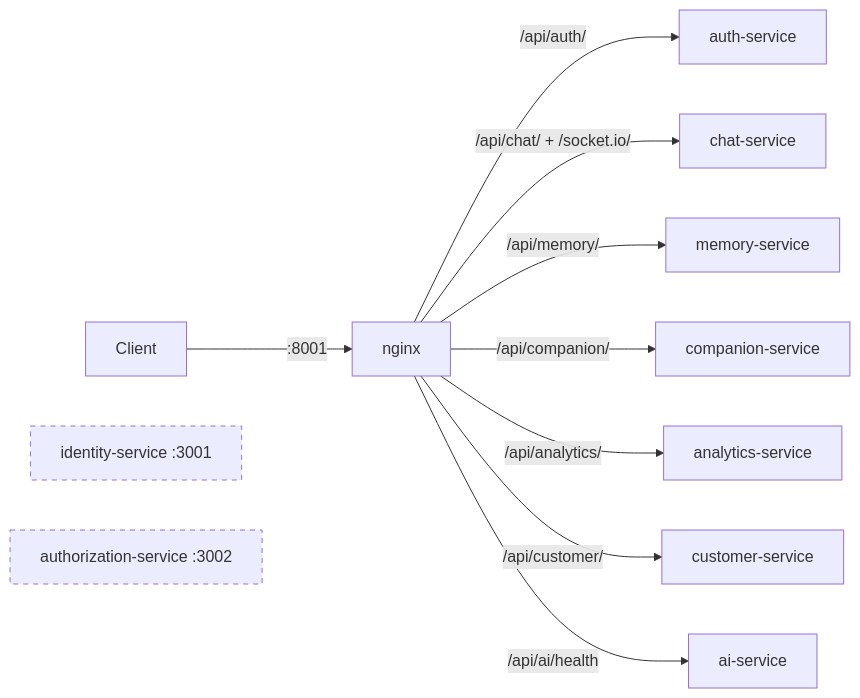
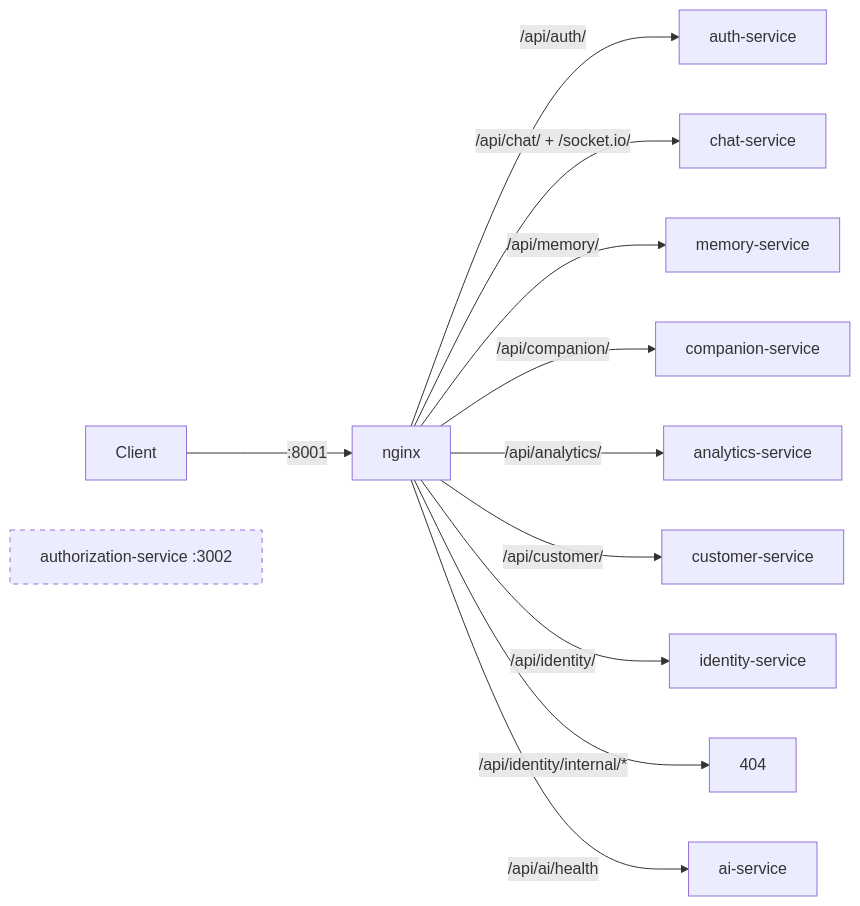
One commit to master-node1/the-aura-lab changed the first of 2 diagrams in services/api-gateway/README.md. Above: the diagram before and after it, drawn with Mermaid. The commit also changed other lines of this file and 68 other files, not shown here.

````diff
--- a/services/api-gateway/README.md
+++ b/services/api-gateway/README.md
@@ -45,14 +51,15 @@
 ```mermaid
 flowchart LR
     Client -->|:8001| NGX[nginx]
     NGX -->|/api/auth/| AUTH[auth-service]
     NGX -->|/api/chat/ + /socket.io/| CHAT[chat-service]
     NGX -->|/api/memory/| MEM[memory-service]
     NGX -->|/api/companion/| COMP[companion-service]
     NGX -->|/api/analytics/| AN[analytics-service]
     NGX -->|/api/customer/| CUST[customer-service]
+    NGX -->|/api/identity/| ID[identity-service]
+    NGX -->|/api/identity/internal/*| BLK[404]
     NGX -->|/api/ai/health| AI[ai-service]
-    ID[identity-service :3001]:::off
     AZ[authorization-service :3002]:::off
     classDef off stroke-dasharray: 5 5
 ```
````
